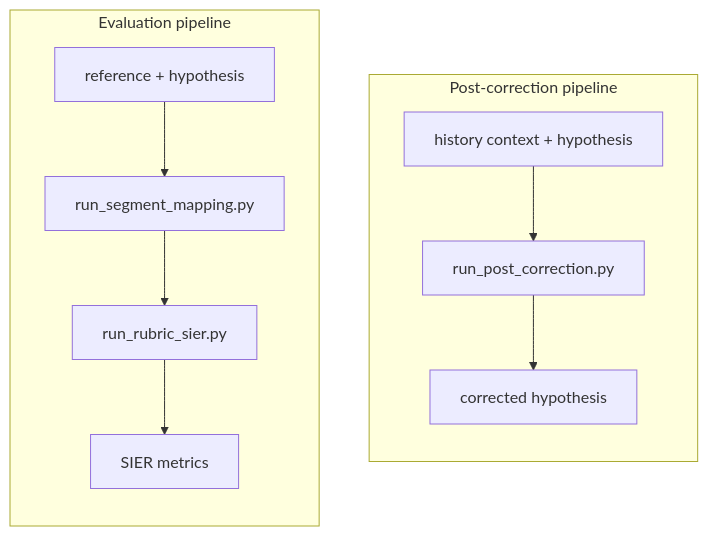
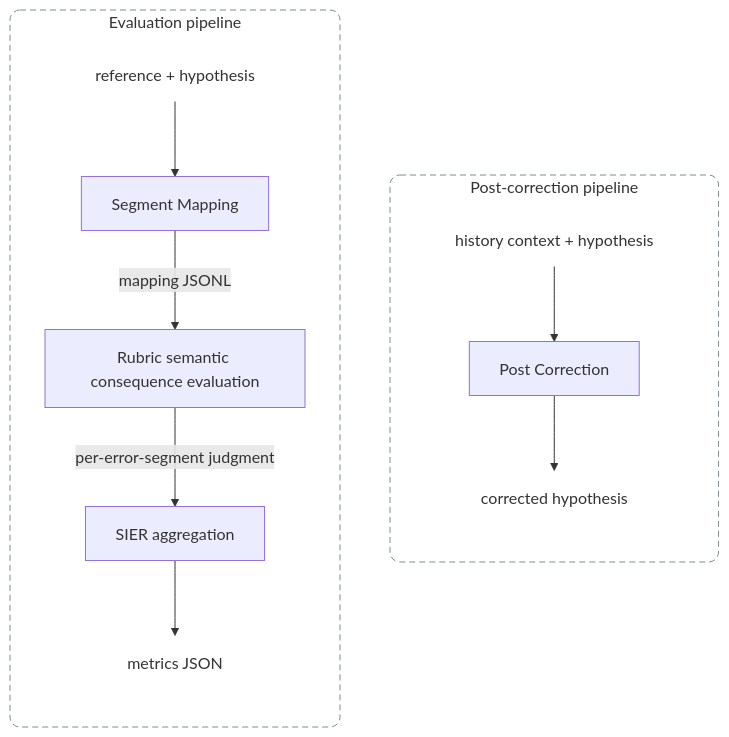
Before and after one commit to NytePlus/SMART: the diagram in README.md, drawn with Mermaid. The commit also changed 1 other file, not shown here.

Commit message:
Synchronize Chinese and English README documentation

````diff
--- a/README.md
+++ b/README.md
@@ -31,15 +31,22 @@
 ```mermaid
 flowchart LR
-    subgraph Correction[Post-correction pipeline]
-        C1[history context + hypothesis] --> C2[run_post_correction.py]
-        C2 --> C3[corrected hypothesis]
+    subgraph Evaluation[Evaluation pipeline]
+        E1[reference + hypothesis] --> M[Segment Mapping]
+        M -->|mapping JSONL| R[Rubric semantic consequence evaluation]
+        R -->|per-error-segment judgment| S[SIER aggregation]
+        S --> E2[metrics JSON]
     end
 
-    subgraph Evaluation[Evaluation pipeline]
-        E1[reference + hypothesis] --> E2[run_segment_mapping.py]
-        E2 --> E3[run_rubric_sier.py]
-        E3 --> E4[SIER metrics]
+    subgraph Correction[Post-correction pipeline]
+        C1[history context + hypothesis] --> P[Post Correction]
+        P --> C2[corrected hypothesis]
     end
 
     Evaluation ~~~ Correction
+
+    classDef plainText fill:transparent,stroke:transparent,stroke-width:0px
+    class E1,C1,E2,C2 plainText
+
+    style Evaluation fill:transparent,stroke:#7f8c8d,stroke-width:1px,stroke-dasharray:6 4,rx:10px,ry:10px
+    style Correction fill:transparent,stroke:#7f8c8d,stroke-width:1px,stroke-dasharray:6 4,rx:10px,ry:10px
 ```
````
